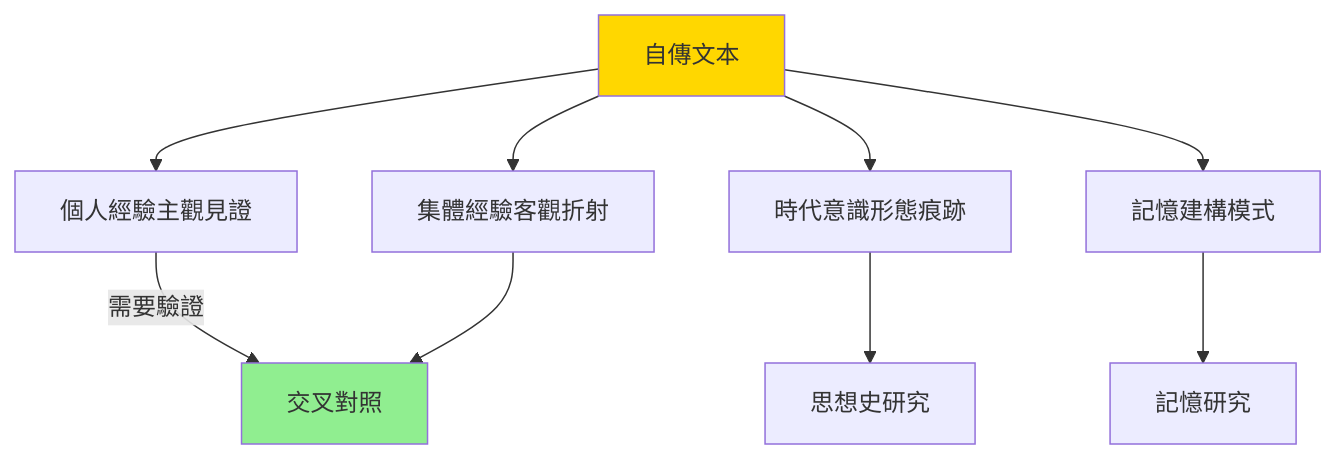
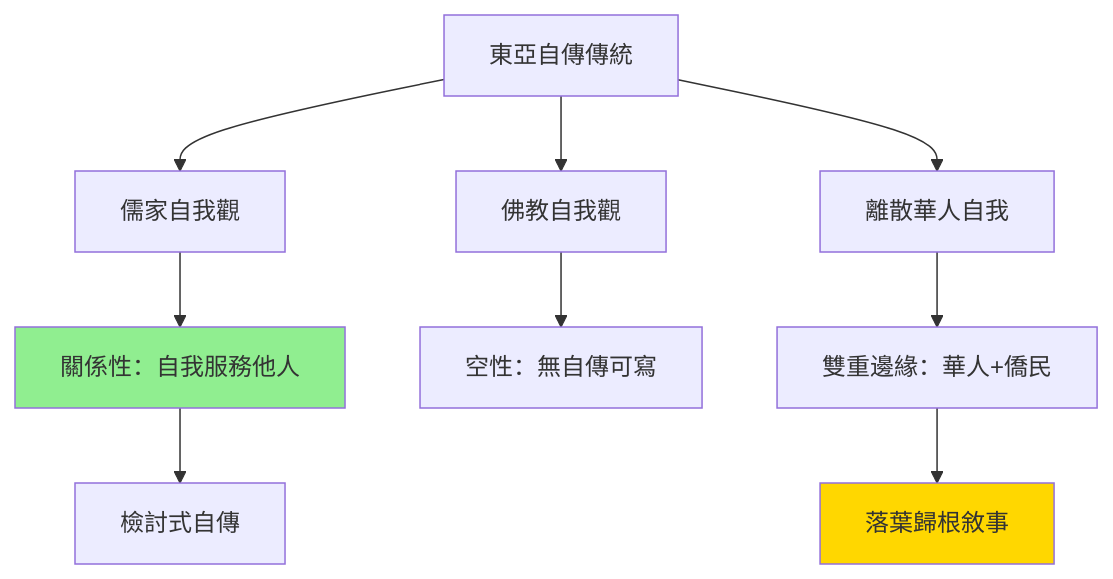
The fourth of 10 diagrams in 01_HKU_Courses/HIST2070_Stories_of_Self.md (yip-lgtm/HKU-Harvard-History-Self-Study), drawn with Mermaid before and after one commit. The commit also changed other lines of this file and 25 other files, not shown here.

````diff
--- a/01_HKU_Courses/HIST2070_Stories_of_Self.md
+++ b/01_HKU_Courses/HIST2070_Stories_of_Self.md
@@ -173,13 +210,13 @@
 ```mermaid
 graph TD
-    A["自傳文本"] --> B["個人經驗主觀見證"]
-    A --> C["集體經驗客觀折射"]
-    A --> D["時代意識形態痕跡"]
-    A --> E["記憶建構模式"]
-    B -->|"需要驗證"| F["交叉對照"]
-    C --> F
-    D --> G["思想史研究"]
-    E --> H["記憶研究"]
-    style A fill:#FFD700
-    style F fill:#90EE90
+    A["東亞自傳傳統"] --> B["儒家自我觀"]
+    A --> C["佛教自我觀"]
+    A --> D["離散華人自我"]
+    B --> E["關係性：自我服務他人"]
+    C --> F["空性：無自傳可寫"]
+    D --> G["雙重邊緣：華人+僑民"]
+    E --> H["檢討式自傳"]
+    G --> I["落葉歸根敘事"]
+    style E fill:#90EE90
+    style I fill:#FFD700
 ```
````
